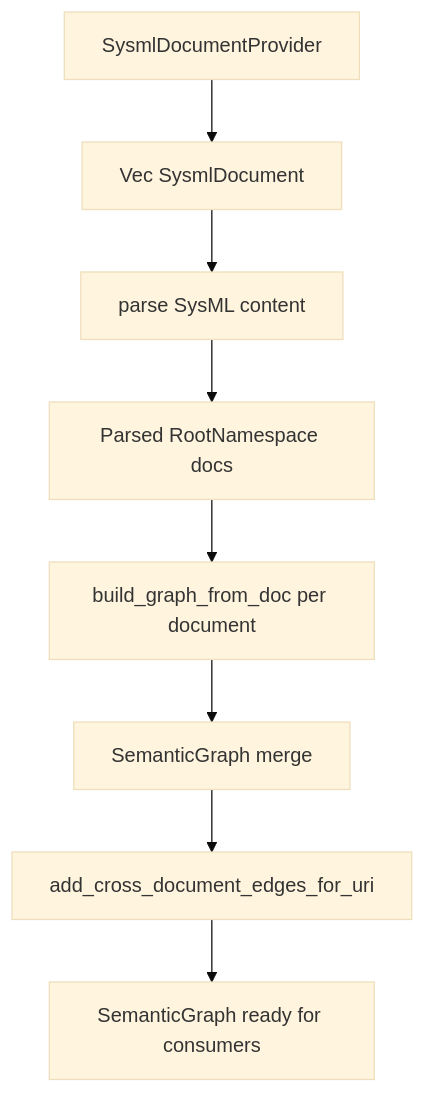
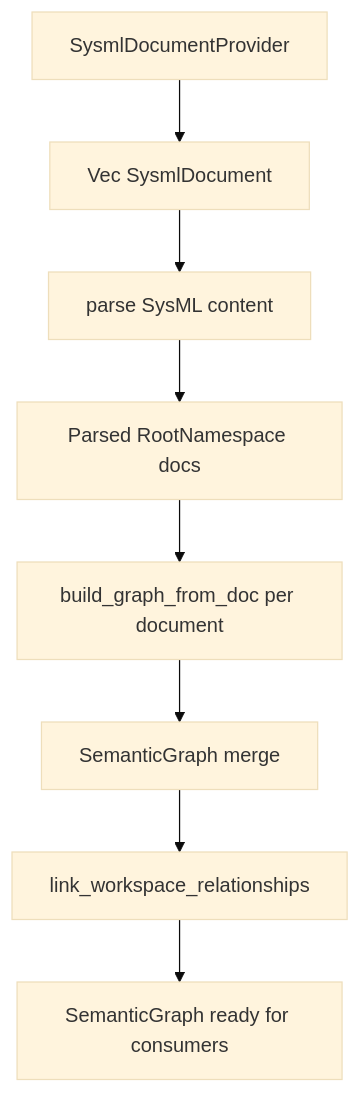
Before and after one commit to elan8/spec42: the first of 3 diagrams in docs/SEMANTIC_CORE_ARCHITECTURE.md, drawn with Mermaid (base theme). The commit also changed other lines of this file and 16 other files, not shown here.

First line of the commit message:
Refactor semantic graph building and enhance analysis evaluation

````diff
--- a/docs/SEMANTIC_CORE_ARCHITECTURE.md
+++ b/docs/SEMANTIC_CORE_ARCHITECTURE.md
@@ -55,10 +55,10 @@
 ```mermaid
 flowchart TD
   provider["SysmlDocumentProvider"] --> documents["Vec SysmlDocument"]
   documents --> parseStage["parse SysML content"]
   parseStage --> astDocs["Parsed RootNamespace docs"]
   astDocs --> graphBuild["build_graph_from_doc per document"]
   graphBuild --> mergedGraph["SemanticGraph merge"]
-  mergedGraph --> crossDoc["add_cross_document_edges_for_uri"]
-  crossDoc --> finalGraph["SemanticGraph ready for consumers"]
+  mergedGraph --> linker["link_workspace_relationships"]
+  linker --> finalGraph["SemanticGraph ready for consumers"]
 ```
````
